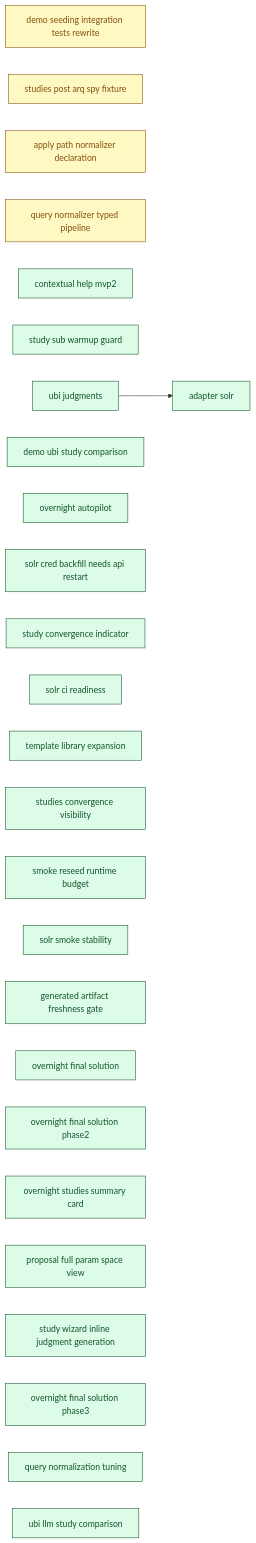
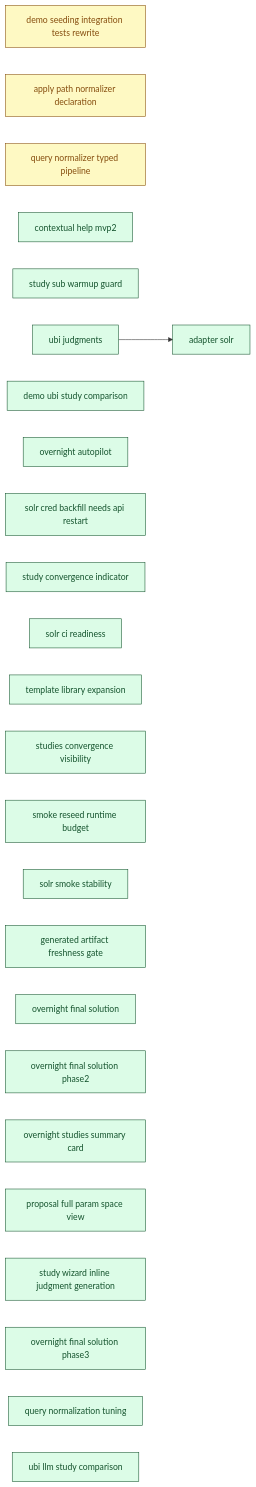
Before and after one commit to SoundMindsAI/relyloop: the diagram in docs/00_overview/MVP2_DASHBOARD.md, drawn with Mermaid. The commit also changed other lines of this file and 10 other files, not shown here.

First line of the commit message:
docs: finalize chore_studies_post_arq_spy_fixture (PR #476 merged) (#477)

````diff
--- a/docs/00_overview/MVP2_DASHBOARD.md
+++ b/docs/00_overview/MVP2_DASHBOARD.md
@@ -108,61 +107,59 @@
 ```mermaid
 graph LR
   classDef done fill:#dcfce7,stroke:#14532d,color:#14532d;
   classDef implement fill:#ffedd5,stroke:#9a3412,color:#9a3412;
   classDef plan fill:#fef9c3,stroke:#854d0e,color:#854d0e;
   classDef spec fill:#dbeafe,stroke:#1e40af,color:#1e40af;
   classDef idea fill:#f1f5f9,stroke:#334155,color:#334155;
   chore_demo_seeding_integration_tests_rewrite["demo seeding integration tests rewrite"]
   class chore_demo_seeding_integration_tests_rewrite plan;
-  chore_studies_post_arq_spy_fixture["studies post arq spy fixture"]
-  class chore_studies_post_arq_spy_fixture plan;
   feat_apply_path_normalizer_declaration["apply path normalizer declaration"]
   class feat_apply_path_normalizer_declaration plan;
   feat_query_normalizer_typed_pipeline["query normalizer typed pipeline"]
   class feat_query_normalizer_typed_pipeline plan;
   feat_contextual_help_mvp2["contextual help mvp2"]
   class feat_contextual_help_mvp2 done;
   feat_study_sub_warmup_guard["study sub warmup guard"]
   class feat_study_sub_warmup_guard done;
   feat_ubi_judgments["ubi judgments"]
   class feat_ubi_judgments done;
   feat_demo_ubi_study_comparison["demo ubi study comparison"]
   class feat_demo_ubi_study_comparison done;
   feat_overnight_autopilot["overnight autopilot"]
   class feat_overnight_autopilot done;
   infra_adapter_solr["adapter solr"]
   class infra_adapter_solr done;
   chore_solr_cred_backfill_needs_api_restart["solr cred backfill needs api restart"]
   class chore_solr_cred_backfill_needs_api_restart done;
   feat_study_convergence_indicator["study convergence indicator"]
   class feat_study_convergence_indicator done;
   infra_solr_ci_readiness["solr ci readiness"]
   class infra_solr_ci_readiness done;
   chore_template_library_expansion["template library expansion"]
   class chore_template_library_expansion done;
   feat_studies_convergence_visibility["studies convergence visibility"]
   class feat_studies_convergence_visibility done;
   infra_smoke_reseed_runtime_budget["smoke reseed runtime budget"]
   class infra_smoke_reseed_runtime_budget done;
   infra_solr_smoke_stability["solr smoke stability"]
   class infra_solr_smoke_stability done;
   infra_generated_artifact_freshness_gate["generated artifact freshness gate"]
   class infra_generated_artifact_freshness_gate done;
   feat_overnight_final_solution["overnight final solution"]
   class feat_overnight_final_solution done;
   feat_overnight_final_solution_phase2["overnight final solution phase2"]
   class feat_overnight_final_solution_phase2 done;
   feat_overnight_studies_summary_card["overnight studies summary card"]
   class feat_overnight_studies_summary_card done;
   feat_proposal_full_param_space_view["proposal full param space view"]
   class feat_proposal_full_param_space_view done;
   feat_study_wizard_inline_judgment_generation["study wizard inline judgment generation"]
   class feat_study_wizard_inline_judgment_generation done;
   feat_overnight_final_solution_phase3["overnight final solution phase3"]
   class feat_overnight_final_solution_phase3 done;
   feat_query_normalization_tuning["query normalization tuning"]
   class feat_query_normalization_tuning done;
   feat_ubi_llm_study_comparison["ubi llm study comparison"]
   class feat_ubi_llm_study_comparison done;
   feat_ubi_judgments --> infra_adapter_solr
 ```
````
